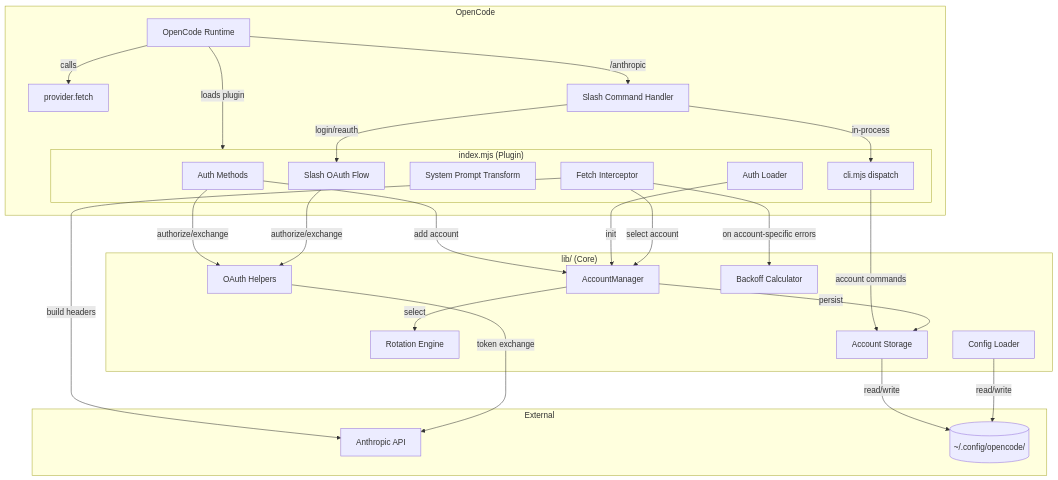
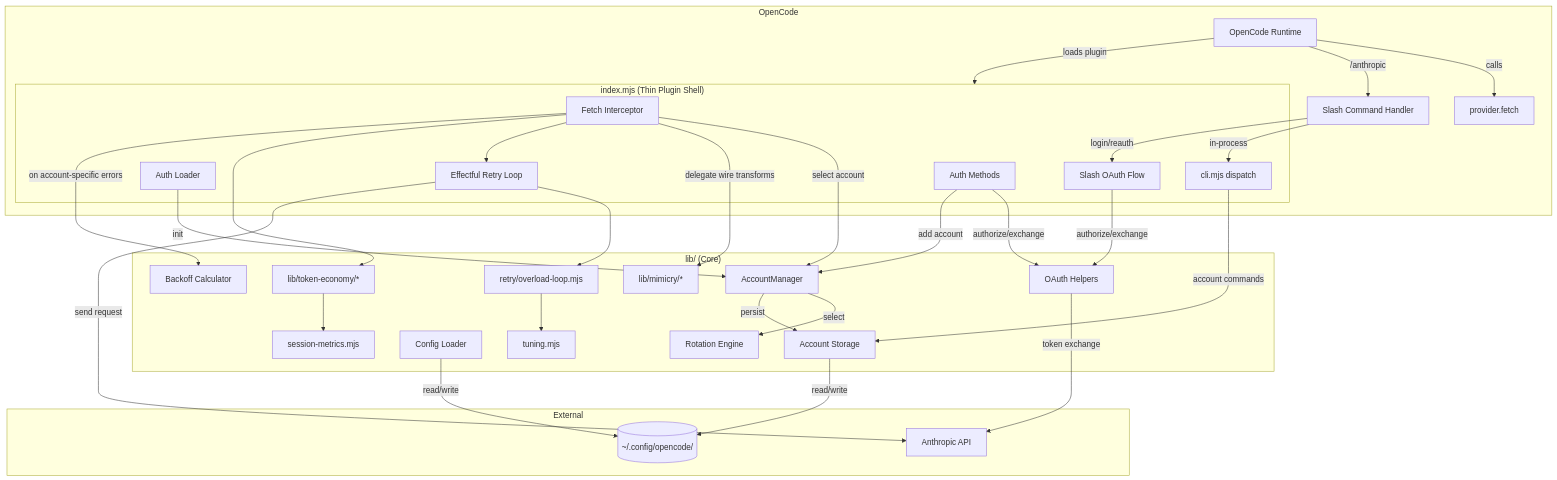
Before and after one commit to marco-jardim/opencode-anthropic-fix: the first of 7 diagrams in CONTRIBUTING.md, drawn with Mermaid. The commit also changed other lines of this file and 5 other files, not shown here.

````diff
--- a/CONTRIBUTING.md
+++ b/CONTRIBUTING.md
@@ -84,45 +102,56 @@
 ```mermaid
 graph TB
     subgraph OpenCode
         OC[OpenCode Runtime] -->|loads plugin| Plugin
         OC -->|calls| Fetch[provider.fetch]
         OC -->|/anthropic| SlashCmd[Slash Command Handler]
     end
 
-    subgraph Plugin["index.mjs (Plugin)"]
+    subgraph Plugin["index.mjs (Thin Plugin Shell)"]
         Auth[Auth Methods]
         Loader[Auth Loader]
-        SysTransform[System Prompt Transform]
         FetchInterceptor[Fetch Interceptor]
+        RetryLoop[Effectful Retry Loop]
         SlashCmd -->|in-process| CLI[cli.mjs dispatch]
         SlashCmd -->|login/reauth| OAuthFlow[Slash OAuth Flow]
     end
 
     subgraph Core["lib/ (Core)"]
         OAuth[OAuth Helpers]
         AM[AccountManager]
         Rotation[Rotation Engine]
         Backoff[Backoff Calculator]
         Config[Config Loader]
         Storage[Account Storage]
+        Mimicry[lib/mimicry/*]
+        TokenEconomy[lib/token-economy/*]
+        SessionMetrics[session-metrics.mjs]
+        RetryDecisions[retry/overload-loop.mjs]
+        Tuning[tuning.mjs]
     end
 
     subgraph External
         Anthropic[Anthropic API]
         Disk[(~/.config/opencode/)]
     end
 
     Auth -->|authorize/exchange| OAuth
     OAuthFlow -->|authorize/exchange| OAuth
     CLI -->|account commands| Storage
     Auth -->|add account| AM
     Loader -->|init| AM
     FetchInterceptor -->|select account| AM
-    FetchInterceptor -->|build headers| Anthropic
+    FetchInterceptor -->|delegate wire transforms| Mimicry
+    FetchInterceptor --> RetryLoop
+    FetchInterceptor --> TokenEconomy
+    TokenEconomy --> SessionMetrics
+    RetryLoop --> RetryDecisions
+    RetryDecisions --> Tuning
+    RetryLoop -->|send request| Anthropic
     FetchInterceptor -->|on account-specific errors| Backoff
     AM -->|select| Rotation
     AM -->|persist| Storage
     Storage -->|read/write| Disk
     Config -->|read/write| Disk
     OAuth -->|token exchange| Anthropic
 ```
````
